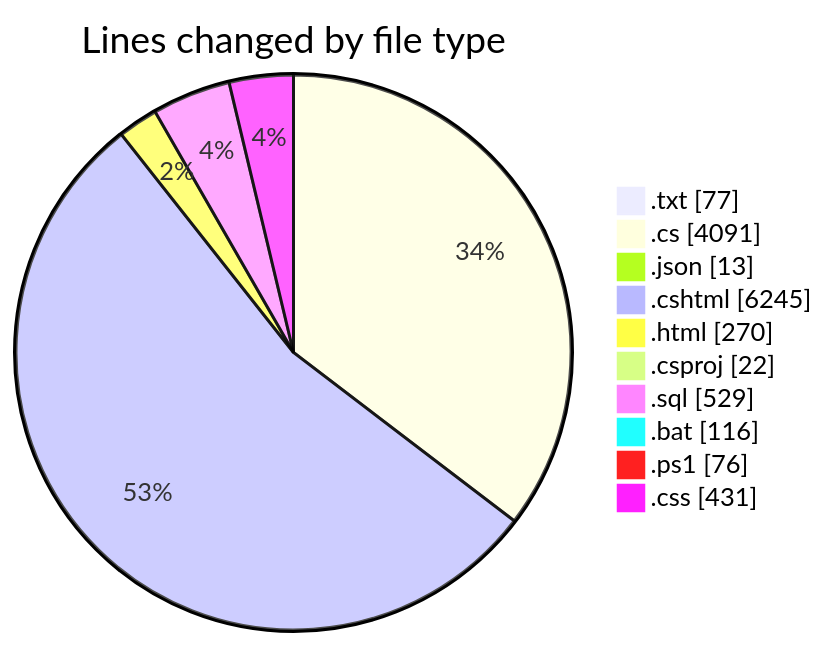
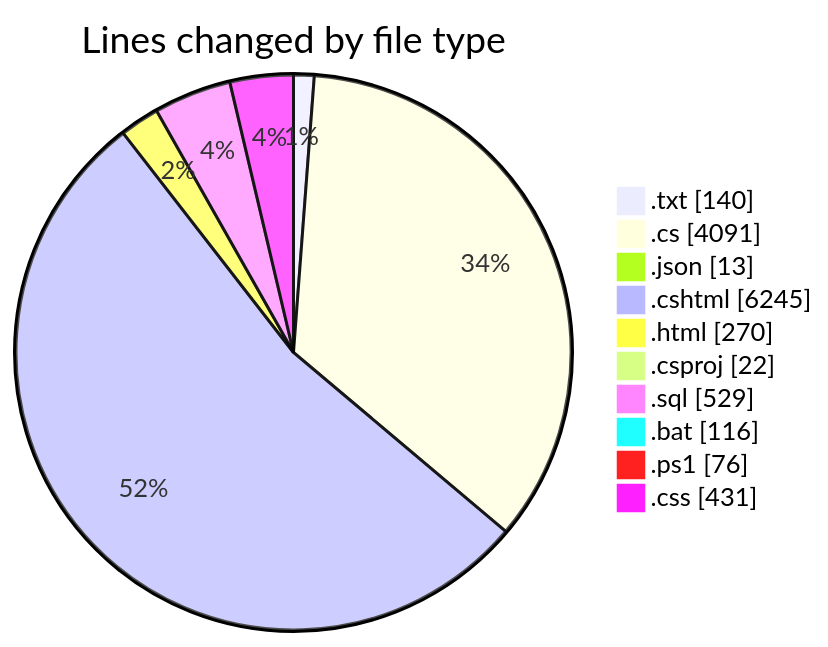
The first of 2 diagrams in 2025-07-27/quanlyrapchieuphim-1/README.md (lephambinh05/code-tracking), drawn with Mermaid before and after one commit. The commit also changed other lines of this file and 1 other file, not shown here.

````diff
--- a/2025-07-27/quanlyrapchieuphim-1/README.md
+++ b/2025-07-27/quanlyrapchieuphim-1/README.md
@@ -61,14 +61,14 @@
 ```mermaid
 pie showData
 title Lines changed by file type
-".txt" : 77
+".txt" : 140
 ".cs" : 4091
 ".json" : 13
 ".cshtml" : 6245
 ".html" : 270
 ".csproj" : 22
 ".sql" : 529
 ".bat" : 116
 ".ps1" : 76
 ".css" : 431
 ```
````
